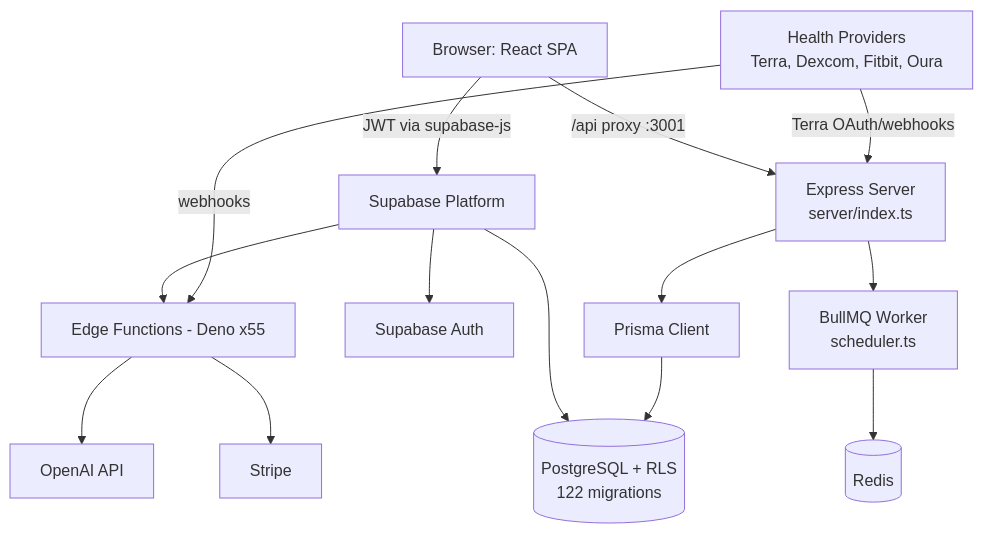
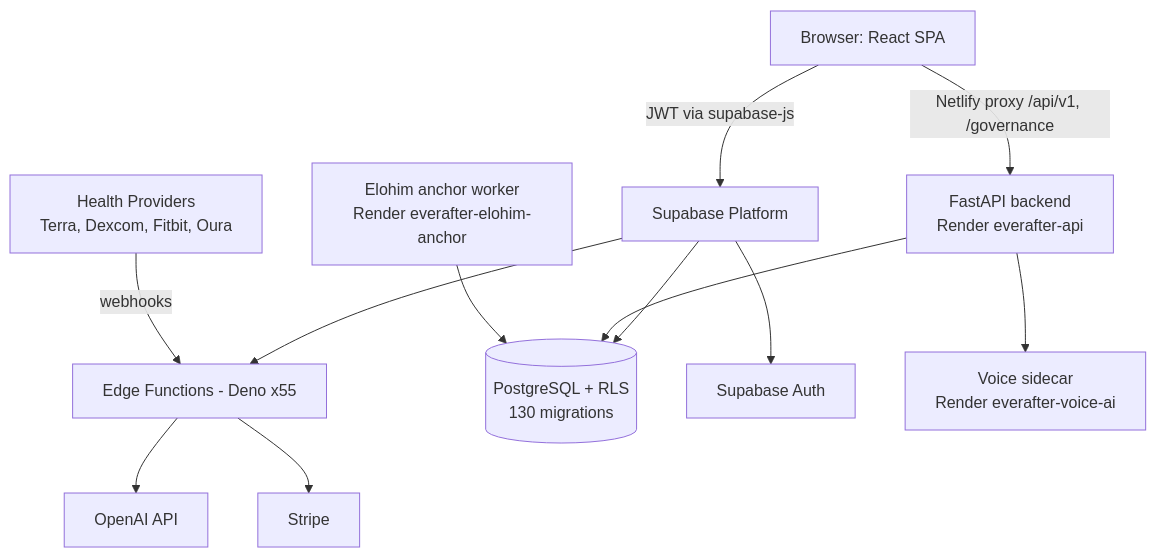
Before and after one commit to wisewater1/EverAfter: the diagram in second-brain/10 Architecture/System Overview.md, drawn with Mermaid. The commit also changed other lines of this file and 5 other files, not shown here.

First line of the commit message:
Vault: Oura and FHIR provider notes, security notes, architecture drift fixes

````diff
--- a/second-brain/10 Architecture/System Overview.md
+++ b/second-brain/10 Architecture/System Overview.md
@@ -25,16 +25,14 @@
 ```mermaid
 graph TD
     U[Browser: React SPA] -->|JWT via supabase-js| SB[Supabase Platform]
     SB --> EF[Edge Functions - Deno x55]
-    SB --> PG[(PostgreSQL + RLS<br/>122 migrations)]
+    SB --> PG[(PostgreSQL + RLS<br/>130 migrations)]
     SB --> AUTH[Supabase Auth]
     EF --> AI[OpenAI API]
     EF --> STR[Stripe]
     PROV[Health Providers<br/>Terra, Dexcom, Fitbit, Oura] -->|webhooks| EF
-    U -->|/api proxy :3001| EX[Express Server<br/>server/index.ts]
-    EX --> PR[Prisma Client]
-    PR --> PG
-    EX --> W[BullMQ Worker<br/>scheduler.ts]
-    W --> RD[(Redis)]
-    PROV -->|Terra OAuth/webhooks| EX
+    U -->|"Netlify proxy /api/v1, /governance"| FA["FastAPI backend<br/>Render everafter-api"]
+    FA --> PG
+    FA --> VOICE["Voice sidecar<br/>Render everafter-voice-ai"]
+    EL["Elohim anchor worker<br/>Render everafter-elohim-anchor"] --> PG
 ```
````
